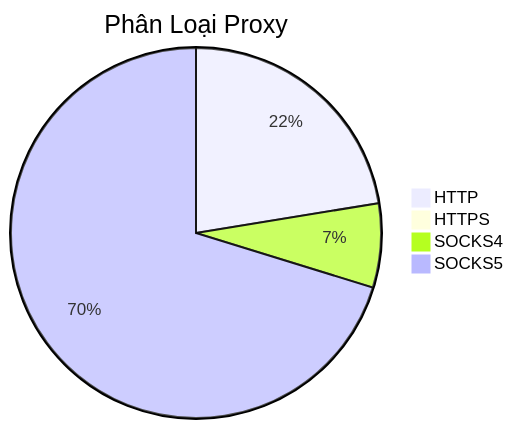
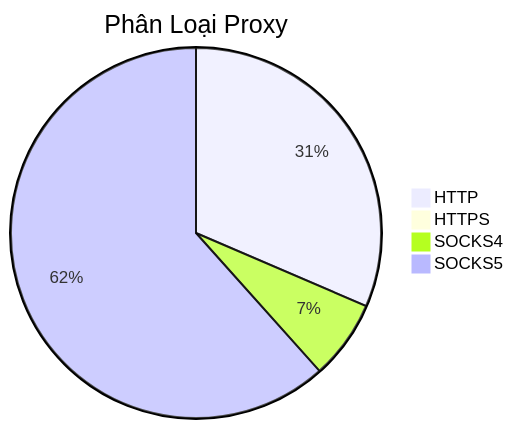
Before and after one commit to Ciara-12/PROXY-free: the diagram in README.md, drawn with Mermaid. The commit also changed other lines of this file and 4 other files, not shown here.

````diff
--- a/README.md
+++ b/README.md
@@ -26,7 +26,7 @@
 ```mermaid
 pie title Phân Loại Proxy
-    "HTTP" : 1219
-    "HTTPS" : 1
-    "SOCKS4" : 399
-    "SOCKS5" : 3818
+    "HTTP" : 2045
+    "HTTPS" : 3
+    "SOCKS4" : 450
+    "SOCKS5" : 4006
 ```
````
